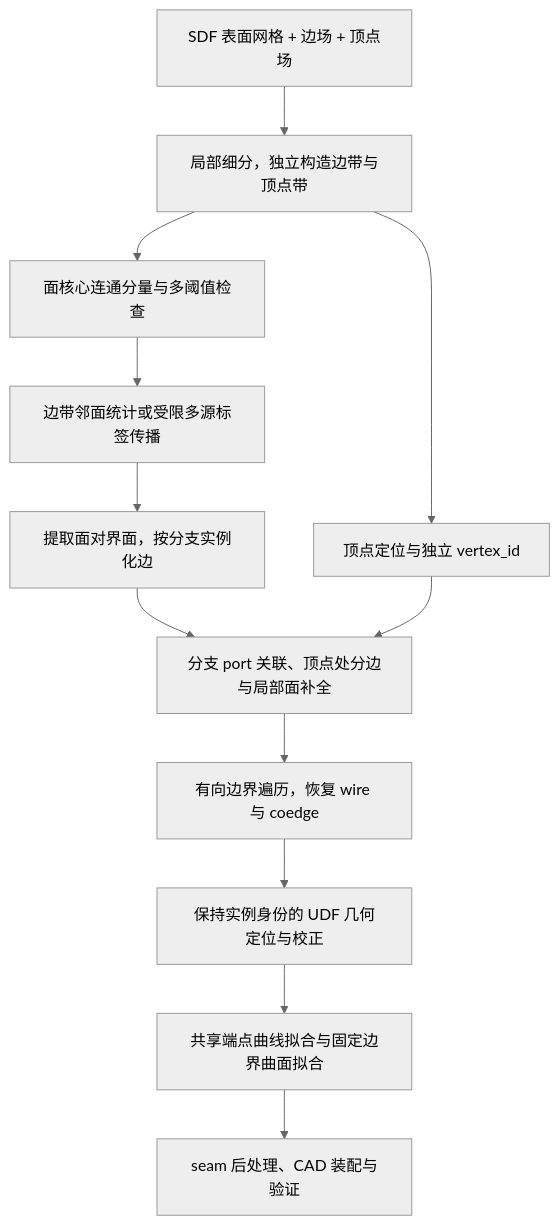
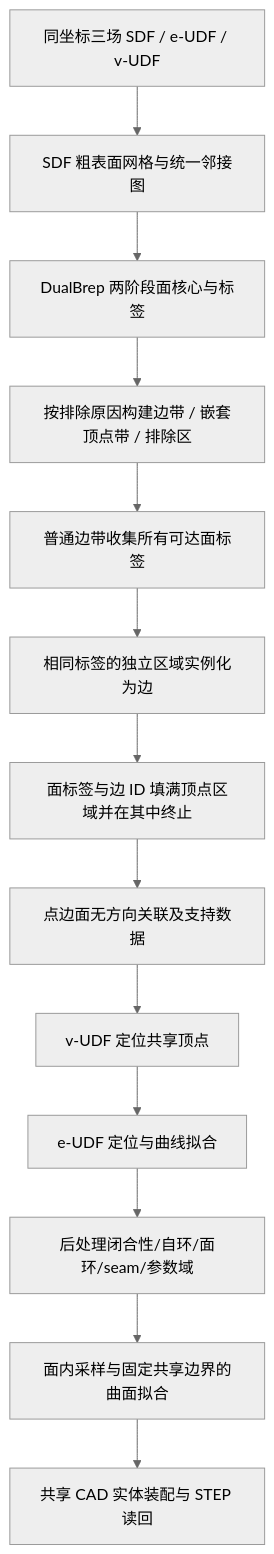
One commit to Hallucinat1on/DualBrep changed the diagram in docs/BandLabelTopologyRecovery.md. Above: the diagram before and after it, drawn with Mermaid (neutral theme). The commit also changed other lines of this file and 48 other files, not shown here.

````diff
--- a/docs/BandLabelTopologyRecovery.md
+++ b/docs/BandLabelTopologyRecovery.md
@@ -272,14 +92,15 @@
 ```mermaid
 flowchart TD
-    A["SDF 表面网格 + 边场 + 顶点场"] --> B["局部细分，独立构造边带与顶点带"]
-    B --> C["面核心连通分量与多阈值检查"]
-    C --> D["边带邻面统计或受限多源标签传播"]
-    D --> E["提取面对界面，按分支实例化边"]
-    B --> F["顶点定位与独立 vertex_id"]
-    E --> G["分支 port 关联、顶点处分边与局部面补全"]
-    F --> G
-    G --> H["有向边界遍历，恢复 wire 与 coedge"]
-    H --> I["保持实例身份的 UDF 几何定位与校正"]
-    I --> J["共享端点曲线拟合与固定边界曲面拟合"]
-    J --> K["seam 后处理、CAD 装配与验证"]
+    A[同坐标三场 SDF / e-UDF / v-UDF] --> B[SDF 粗表面网格与统一邻接图]
+    B --> D[DualBrep 两阶段面核心与标签]
+    D --> C[按排除原因构建边带 / 嵌套顶点带 / 排除区]
+    C --> E[普通边带收集所有可达面标签]
+    E --> F[相同标签的独立区域实例化为边]
+    F --> G[面标签与边 ID 填满顶点区域并在其中终止]
+    G --> H[点边面无方向关联及支持数据]
+    H --> I[v-UDF 定位共享顶点]
+    I --> J[e-UDF 定位与曲线拟合]
+    J --> K[后处理闭合性/自环/面环/seam/参数域]
+    K --> L[面内采样与固定共享边界的曲面拟合]
+    L --> M[共享 CAD 实体装配与 STEP 读回]
 ```
````
